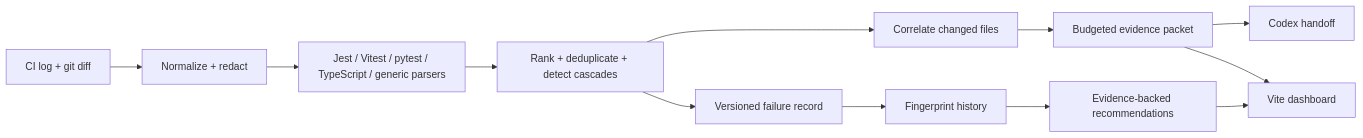
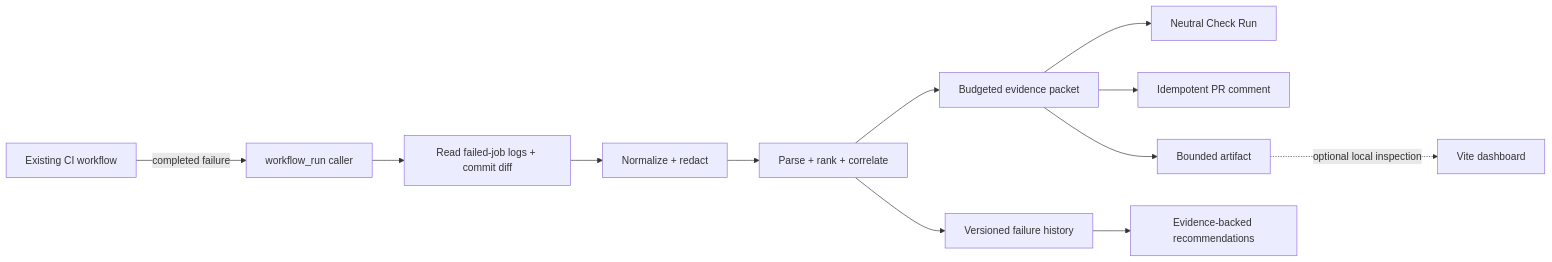
The diagram in README.md (Dannyso05/CISignal), drawn with Mermaid before and after one commit. The commit also changed other lines of this file and 4 other files, not shown here.

````diff
--- a/README.md
+++ b/README.md
@@ -46,14 +67,14 @@
 ```mermaid
 flowchart LR
-    A[CI log + git diff] --> B[Normalize + redact]
-    B --> C[Jest / Vitest / pytest / TypeScript / generic parsers]
-    C --> D[Rank + deduplicate + detect cascades]
-    D --> E[Correlate changed files]
+    A[Existing CI workflow] -->|completed failure| B[workflow_run caller]
+    B --> C[Read failed-job logs + commit diff]
+    C --> D[Normalize + redact]
+    D --> E[Parse + rank + correlate]
     E --> F[Budgeted evidence packet]
-    F --> G[Codex handoff]
-    D --> H[Versioned failure record]
-    H --> I[Fingerprint history]
-    I --> J[Evidence-backed recommendations]
-    F --> K[Vite dashboard]
-    J --> K
+    F --> G[Neutral Check Run]
+    F --> H[Idempotent PR comment]
+    F --> I[Bounded artifact]
+    E --> J[Versioned failure history]
+    J --> K[Evidence-backed recommendations]
+    I -. optional local inspection .-> L[Vite dashboard]
 ```
````
